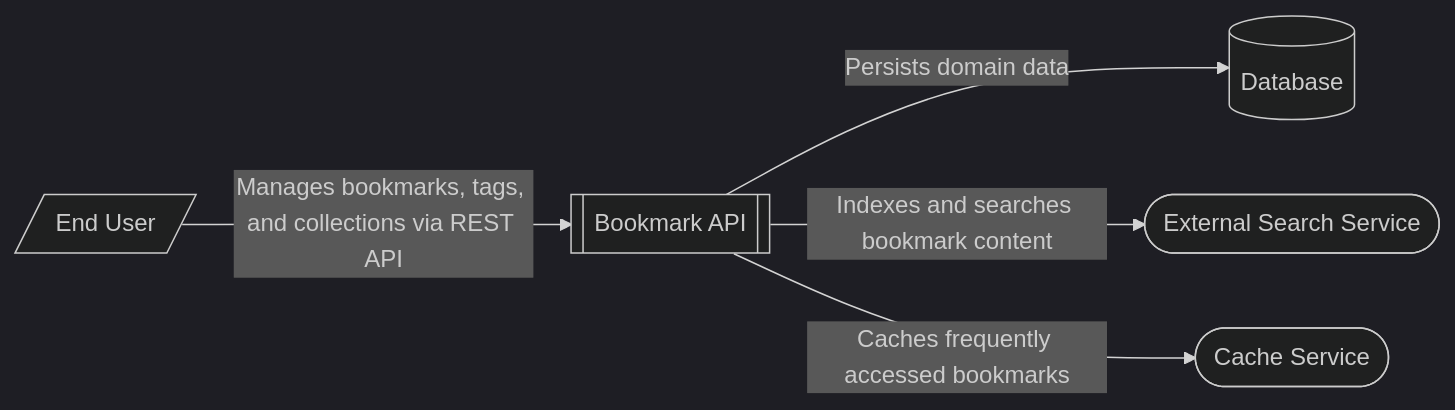
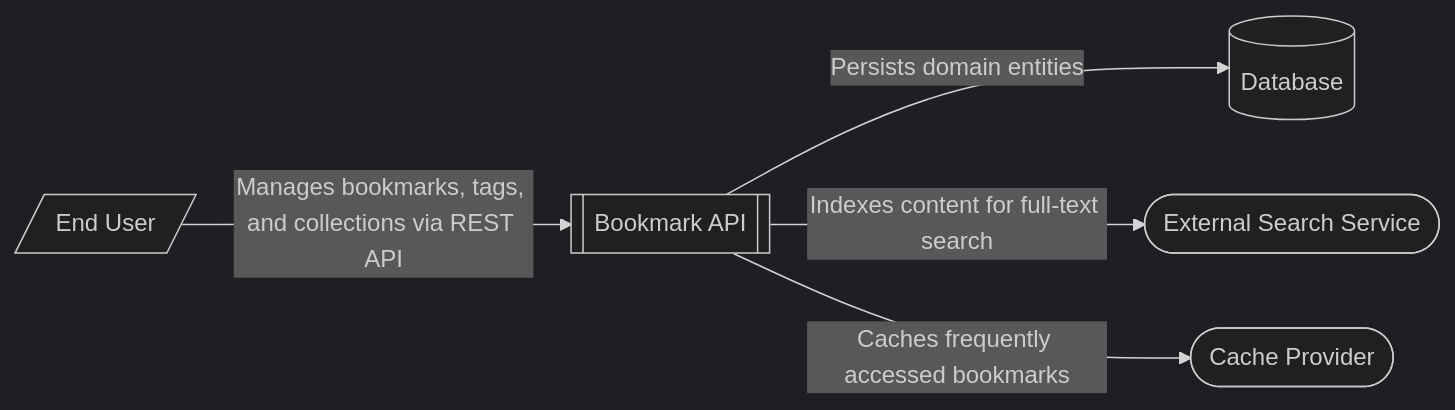
One commit to kaisen99/etchblok-test-api changed the diagram in docs/v1/architecture/architecture-overview/bookmark-management-system-context.md. Above: the diagram before and after it, drawn with Mermaid (dark theme). The commit also changed other lines of this file and 112 other files, not shown here.

````diff
--- a/docs/v1/architecture/architecture-overview/bookmark-management-system-context.md
+++ b/docs/v1/architecture/architecture-overview/bookmark-management-system-context.md
@@ -25,13 +18,13 @@
 ```mermaid
 flowchart LR
     User[/"End User"/]
     API[["Bookmark API"]]
     DB[(Database)]
     Search([External Search Service])
-    Cache([Cache Service])
+    Cache([Cache Provider])
 
     User -- "Manages bookmarks, tags, and collections via REST API" --> API
-    API -- "Persists domain data" --> DB
-    API -- "Indexes and searches bookmark content" --> Search
+    API -- "Persists domain entities" --> DB
+    API -- "Indexes content for full-text search" --> Search
     API -- "Caches frequently accessed bookmarks" --> Cache
 ```
````
